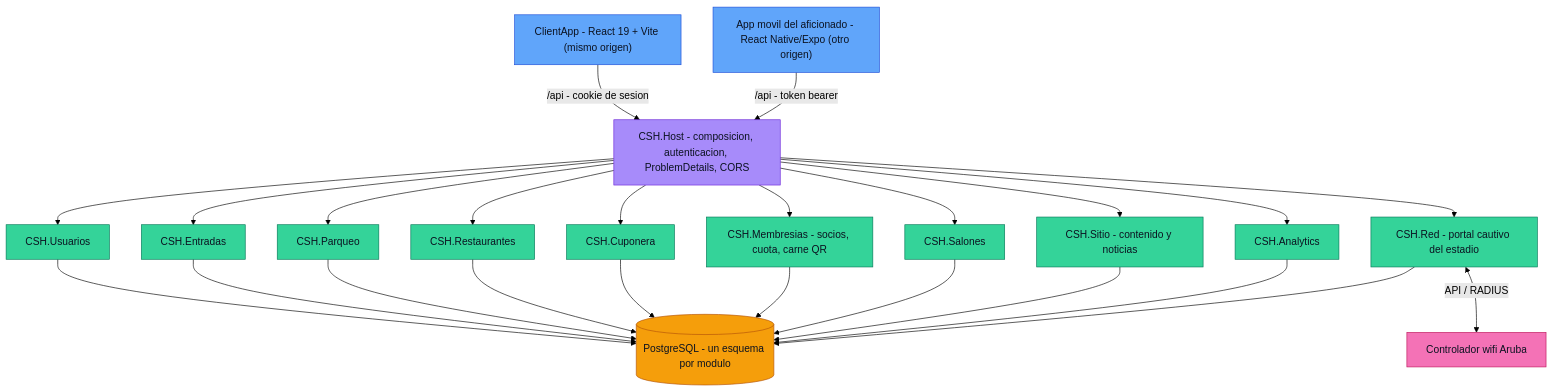
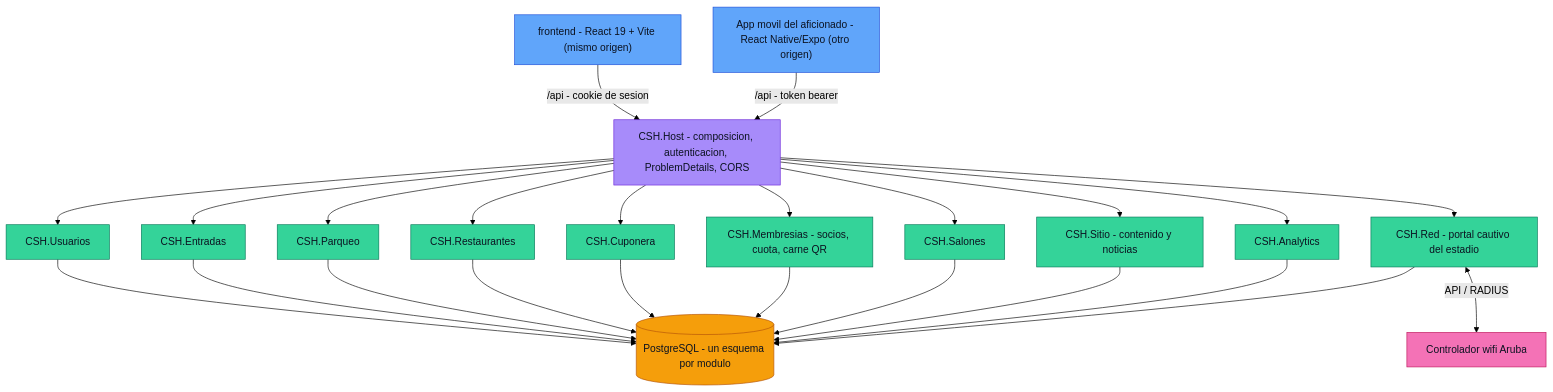
One commit to S3-Simple-Software-Solutions/CSH changed the second of 14 diagrams in docs/diagramas.md. Above: the diagram before and after it, drawn with Mermaid (forest theme). The commit also changed other lines of this file and 39 other files, not shown here.

````diff
--- a/docs/diagramas.md
+++ b/docs/diagramas.md
@@ -46,55 +46,55 @@
 ```mermaid
 flowchart TB
     classDef cliente fill:#60a5fa,color:#0b1220,stroke:#1d4ed8
     classDef host fill:#a78bfa,color:#0b1220,stroke:#6d28d9
     classDef modulo fill:#34d399,color:#0b1220,stroke:#047857
     classDef datos fill:#f59e0b,color:#0b1220,stroke:#b45309
     classDef externo fill:#f472b6,color:#0b1220,stroke:#be185d
 
-    SPA["ClientApp - React 19 + Vite (mismo origen)"]:::cliente
+    SPA["frontend - React 19 + Vite (mismo origen)"]:::cliente
     Movil["App movil del aficionado - React Native/Expo (otro origen)"]:::cliente
 
     Host["CSH.Host - composicion, autenticacion, ProblemDetails, CORS"]:::host
 
     Usuarios[CSH.Usuarios]:::modulo
     Entradas[CSH.Entradas]:::modulo
     Parqueo[CSH.Parqueo]:::modulo
     Restaurantes[CSH.Restaurantes]:::modulo
     Cuponera[CSH.Cuponera]:::modulo
     Membresias["CSH.Membresias - socios, cuota, carne QR"]:::modulo
     Salones[CSH.Salones]:::modulo
     Sitio["CSH.Sitio - contenido y noticias"]:::modulo
     Analytics[CSH.Analytics]:::modulo
     Red["CSH.Red - portal cautivo del estadio"]:::modulo
 
     Aruba["Controlador wifi Aruba"]:::externo
 
     DB[(PostgreSQL - un esquema por modulo)]:::datos
 
     SPA -->|"/api - cookie de sesion"| Host
     Movil -->|"/api - token bearer"| Host
 
     Host --> Usuarios
     Host --> Entradas
     Host --> Parqueo
     Host --> Restaurantes
     Host --> Cuponera
     Host --> Membresias
     Host --> Salones
     Host --> Sitio
     Host --> Analytics
     Host --> Red
 
     Usuarios --> DB
     Entradas --> DB
     Parqueo --> DB
     Restaurantes --> DB
     Cuponera --> DB
     Membresias --> DB
     Salones --> DB
     Sitio --> DB
     Analytics --> DB
     Red --> DB
 
     Red <-->|"API / RADIUS"| Aruba
 ```
````
